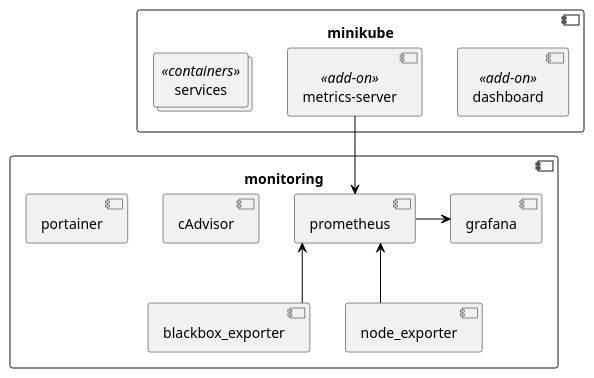
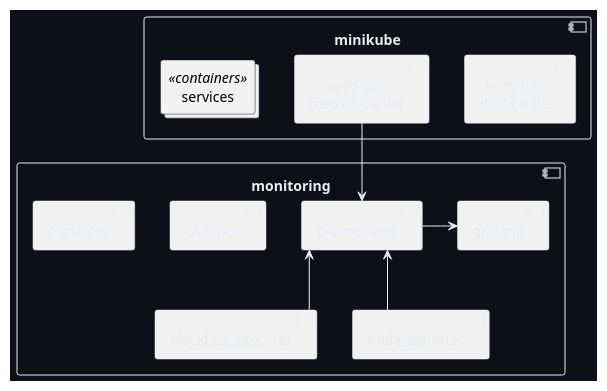
Before and after one commit to sebastian-sommerfeld-io/k8s-playground: the diagram in README.adoc, drawn with PlantUML. The commit also changed 1 other file, not shown here.

Commit message:
changed plantuml style

```diff
--- a/README.adoc
+++ b/README.adoc
@@ -37,39 +37,61 @@
 [plantuml, puml-build-image, svg]
 ----
 @startuml
 
 skinparam linetype ortho
 skinparam monochrome false
 skinparam componentStyle uml2
-skinparam backgroundColor #fff
-skinparam ArrowColor black
-skinparam NoteBorderColor Grey
-skinparam NoteBackgroundColor #fdfdfd
+skinparam backgroundColor #0D1117
+skinparam ArrowColor #e6edf3
+skinparam NoteBorderColor #e6edf3
+skinparam NoteFontColor #e6edf3
+skinparam NoteBackgroundColor transparent
+skinparam ComponentBorderColor #e6edf3
+skinparam ComponentFontColor #e6edf3
+skinparam DatabaseBorderColor #e6edf3
+skinparam DatabaseBackgroundColor #444
+skinparam DatabaseFontColor #e6edf3
+skinparam FileBorderColor #e6edf3
+skinparam FileFontColor #e6edf3
+skinparam ControlBorderColor #e6edf3
+skinparam ControlFontColor #e6edf3
+skinparam RectangleBackgroundColor transparent
+skinparam RectangleBorderColor #e6edf3
+skinparam RectangleFontColor #e6edf3
+skinparam ControlBackgroundColor transparent
+skinparam ControlBorderColor #e6edf3
+skinparam ControlFontColor #e6edf3
+skinparam HexagonBackgroundColor transparent
+skinparam HexagonBorderColor #e6edf3
+skinparam HexagonFontColor #e6edf3
+skinparam ArtifactBackgroundColor #444
+skinparam ArtifactBorderColor #e6edf3
+skinparam ArtifactFontColor #e6edf3
 skinparam defaultTextAlignment center
 skinparam activity {
 FontName Ubuntu
 }
 
 component minikube {
     component dashboard <<add-on>>
     component metrics_server as "metrics-server" <<add-on>>
     collections services <<containers>>
 }
 
 component monitoring {
     component prometheus
     component grafana
     component blackbox_exporter
     component node_exporter
     component cAdvisor
     component portainer
     
     prometheus -> grafana
     node_exporter -up-> prometheus
     blackbox_exporter -up-> prometheus
 }
 
 metrics_server -down-> prometheus
 
 @enduml
 ----
```
